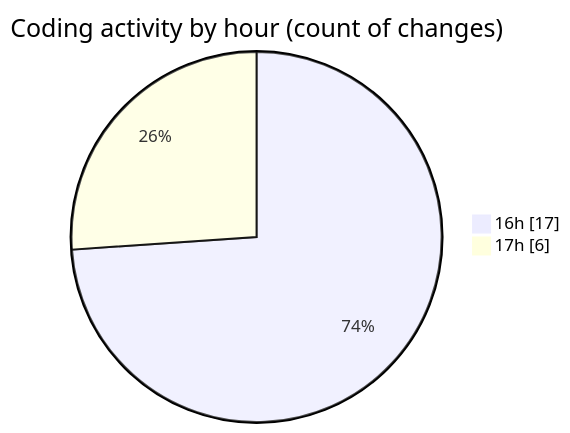
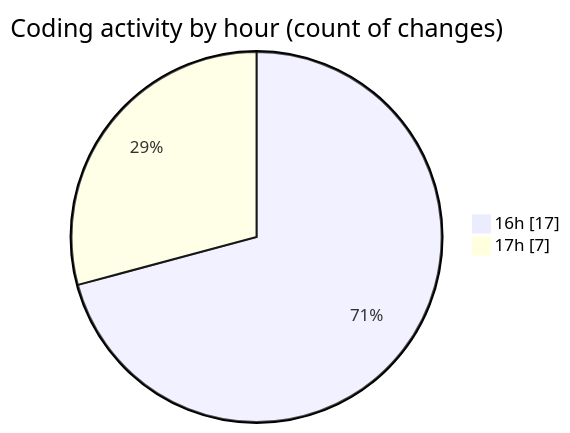
Before and after one commit to hasnaa123/code-tracking: the second of 2 diagrams in 2026-02-05/fondamentals/README.md, drawn with Mermaid. The commit also changed other lines of this file and 1 other file, not shown here.

````diff
--- a/2026-02-05/fondamentals/README.md
+++ b/2026-02-05/fondamentals/README.md
@@ -28,6 +28,6 @@
 ```mermaid
 pie showData
 title Coding activity by hour (count of changes)
 "16h" : 17
-"17h" : 6
+"17h" : 7
 ```
````
